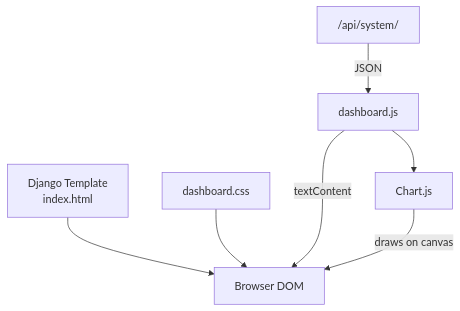
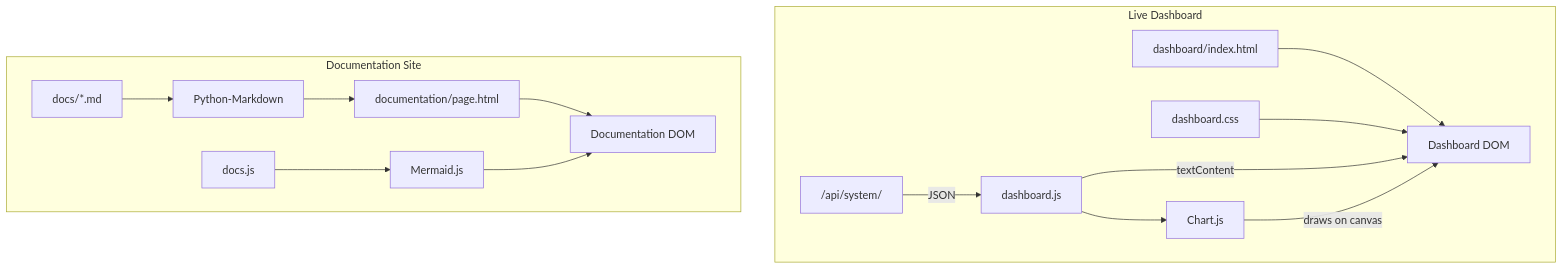
The seventh of 7 diagrams in docs/frontend.md (IronRon/Sys-Monitor), drawn with Mermaid before and after one commit. The commit also changed other lines of this file and 18 other files, not shown here.

Commit message:
Add documentation feature with Markdown rendering and dynamic routing

````diff
--- a/docs/frontend.md
+++ b/docs/frontend.md
@@ -1251,24 +1430,33 @@
 ```mermaid
 flowchart TD
-    TEMPLATE["Django Template<br/>index.html"]
+    subgraph Dashboard["Live Dashboard"]
+        TEMPLATE["dashboard/index.html"]
+        CSS["dashboard.css"]
+        JS["dashboard.js"]
+        API["/api/system/"]
+        CHART["Chart.js"]
+        DOM["Dashboard DOM"]
 
-    CSS["dashboard.css"]
+        TEMPLATE --> DOM
+        CSS --> DOM
+        API -->|"JSON"| JS
+        JS -->|"textContent"| DOM
+        JS --> CHART
+        CHART -->|"draws on canvas"| DOM
+    end
 
-    JS["dashboard.js"]
+    subgraph Docs["Documentation Site"]
+        MD["docs/*.md"]
+        PYMD["Python-Markdown"]
+        DOCTEMPLATE["documentation/page.html"]
+        DOCJS["docs.js"]
+        MERMAID["Mermaid.js"]
+        DOCDOM["Documentation DOM"]
 
-    API["/api/system/"]
-
-    CHART["Chart.js"]
-
-    DOM["Browser DOM"]
-
-    TEMPLATE --> DOM
-    CSS --> DOM
-
-    API -->|"JSON"| JS
-
-    JS -->|"textContent"| DOM
-    JS --> CHART
-
-    CHART -->|"draws on canvas"| DOM
+        MD --> PYMD
+        PYMD --> DOCTEMPLATE
+        DOCTEMPLATE --> DOCDOM
+        DOCJS --> MERMAID
+        MERMAID --> DOCDOM
+    end
 ```
````
